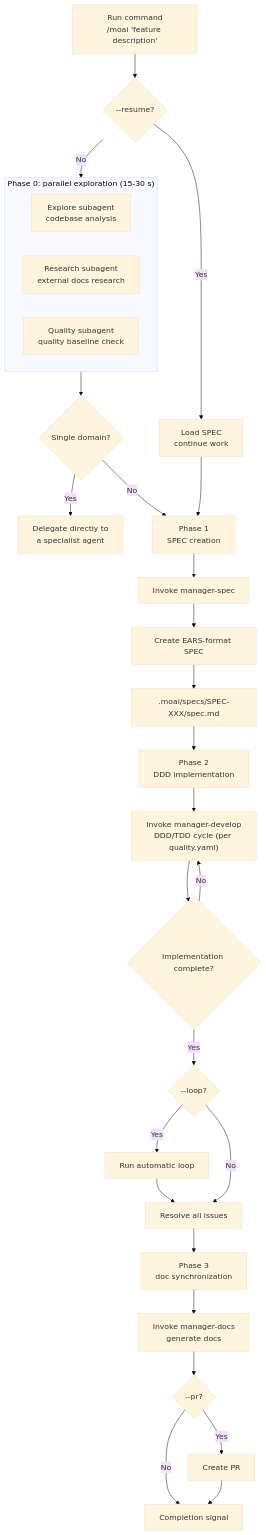
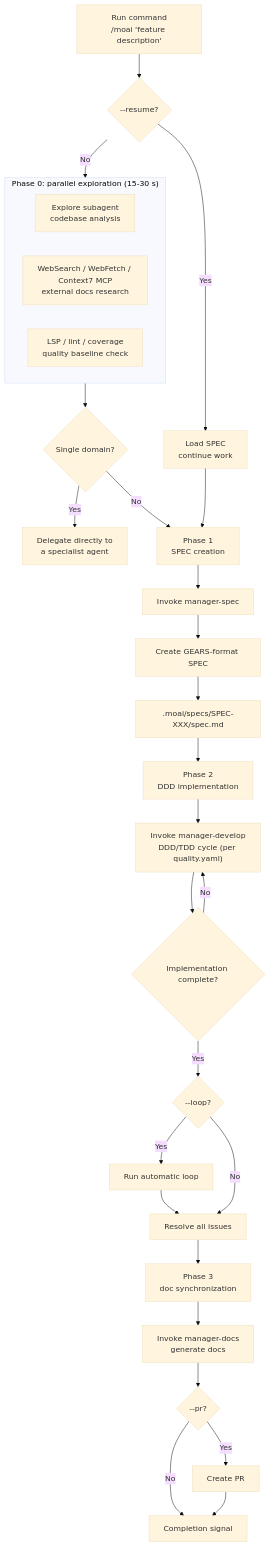
One commit to modu-ai/moai-adk changed the diagram in docs-site/content/en/utility-commands/moai.md. Above: the diagram before and after it, drawn with Mermaid (base theme). The commit also changed other lines of this file and 83 other files, not shown here.

````diff
--- a/docs-site/content/en/utility-commands/moai.md
+++ b/docs-site/content/en/utility-commands/moai.md
@@ -127,40 +127,40 @@
 ```mermaid
 flowchart TD
     A["Run command<br/>/moai 'feature description'"] --> B{--resume?}
     B -->|Yes| C["Load SPEC<br/>continue work"]
     B -->|No| D["Phase 0<br/>parallel exploration"]
 
     subgraph D["Phase 0: parallel exploration (15-30 s)"]
         D1["Explore subagent<br/>codebase analysis"]
-        D2["Research subagent<br/>external docs research"]
-        D3["Quality subagent<br/>quality baseline check"]
+        D2["WebSearch / WebFetch / Context7 MCP<br/>external docs research"]
+        D3["LSP / lint / coverage<br/>quality baseline check"]
     end
 
     D --> E{"Single domain?"}
     E -->|Yes| F["Delegate directly to<br/>a specialist agent"]
     E -->|No| G["Continue to Phase 1"]
 
     C --> G["Phase 1<br/>SPEC creation"]
     G --> H["Invoke manager-spec"]
-    H --> I["Create EARS-format SPEC"]
+    H --> I["Create GEARS-format SPEC"]
     I --> J[".moai/specs/SPEC-XXX/spec.md"]
 
     J --> K["Phase 2<br/>DDD implementation"]
 
     K --> L["Invoke manager-develop<br/>DDD/TDD cycle (per quality.yaml)"]
     L --> M{"Implementation complete?"}
     M -->|No| L
     M -->|Yes| N{"--loop?"}
 
     N -->|Yes| O["Run automatic loop"]
     O --> P["Resolve all issues"]
     N -->|No| P
 
     P --> Q["Phase 3<br/>doc synchronization"]
 
     Q --> R["Invoke manager-docs<br/>generate docs"]
     R --> S{"--pr?"}
     S -->|Yes| T["Create PR"]
     S -->|No| U["Completion signal"]
     T --> U
 ```
````
